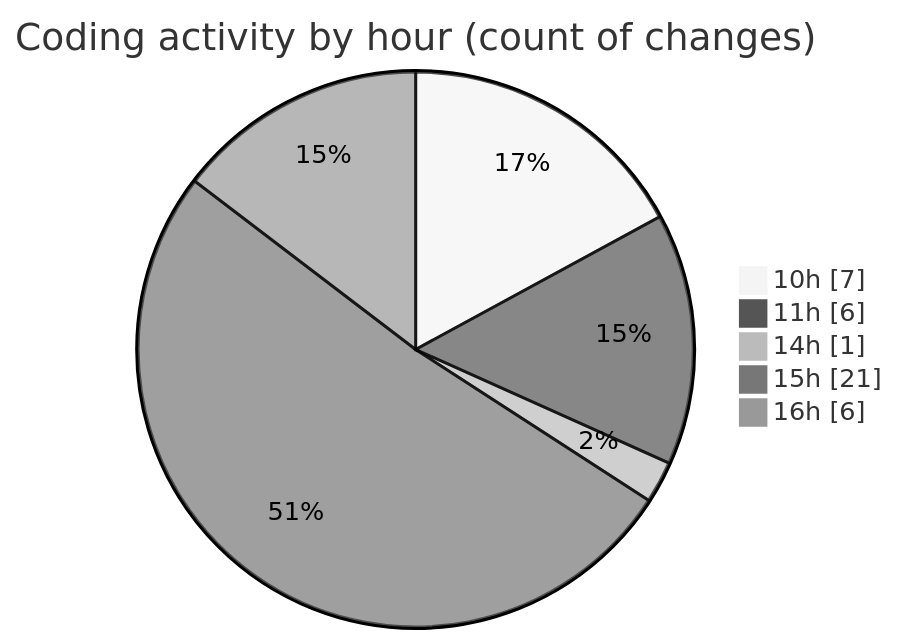
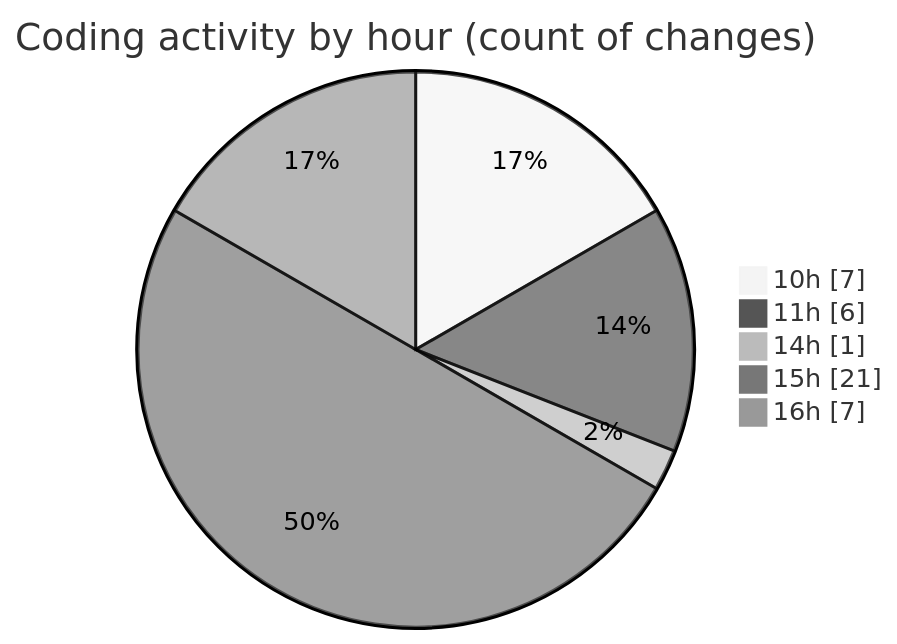
Before and after one commit to nxtqubesakshisongat/code-tracking: the second of 2 diagrams in 2025-11-18/nxtqube_webapp/README.md, drawn with Mermaid (neutral theme). The commit also changed other lines of this file and 1 other file, not shown here.

````diff
--- a/2025-11-18/nxtqube_webapp/README.md
+++ b/2025-11-18/nxtqube_webapp/README.md
@@ -33,9 +34,9 @@
 ```mermaid
 pie showData
 title Coding activity by hour (count of changes)
 "10h" : 7
 "11h" : 6
 "14h" : 1
 "15h" : 21
-"16h" : 6
+"16h" : 7
 ```
````
